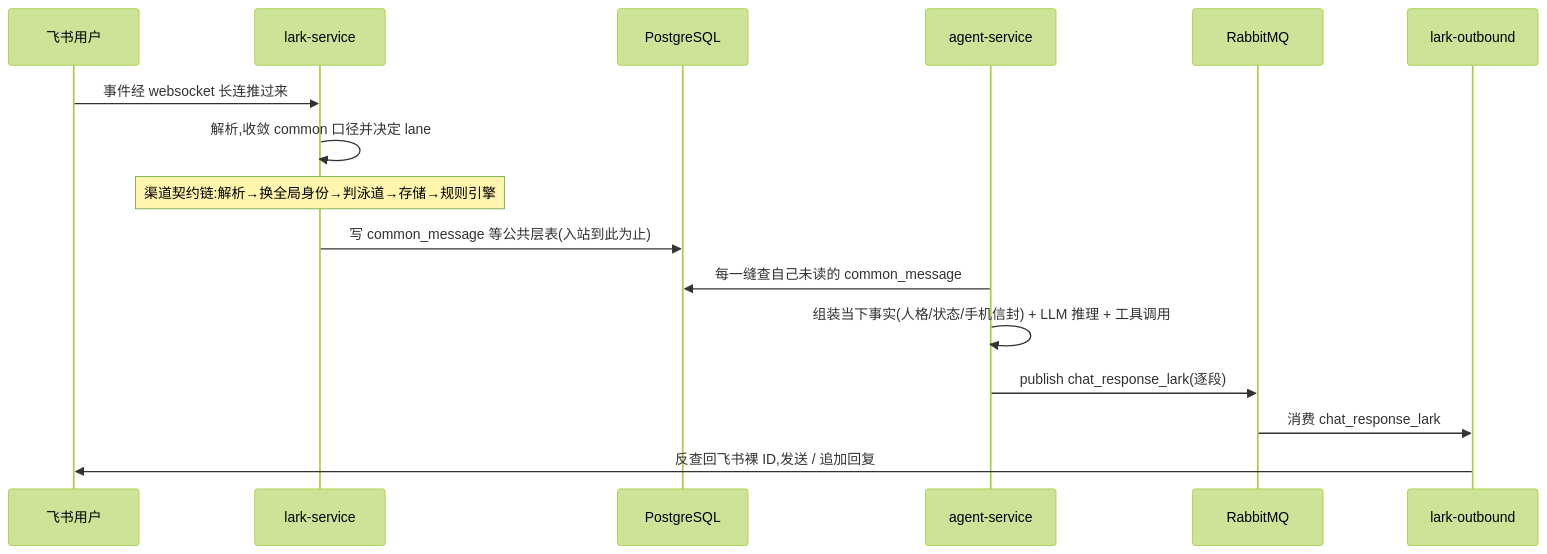
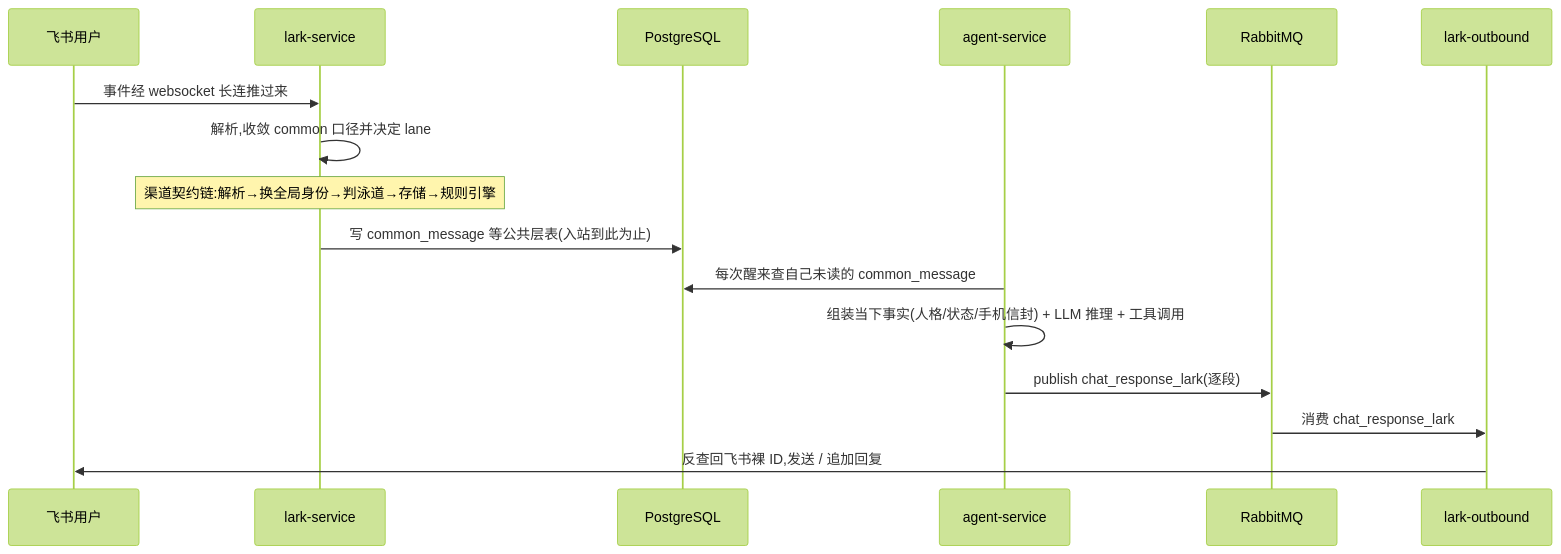
The second of 5 diagrams in docs/service-topology.md (bezhai/chiwei-platform), drawn with Mermaid (forest theme) before and after one commit. The commit also changed other lines of this file and 73 other files, not shown here.

````diff
--- a/docs/service-topology.md
+++ b/docs/service-topology.md
@@ -97,19 +97,19 @@
 ```mermaid
 sequenceDiagram
     participant U as 飞书用户
     participant LKS as lark-service
     participant PG as PostgreSQL
     participant AS as agent-service
     participant MQ as RabbitMQ
     participant LKO as lark-outbound
 
     U->>LKS: 事件经 websocket 长连推过来
     LKS->>LKS: 解析,收敛 common 口径并决定 lane
     Note over LKS: 渠道契约链:解析→换全局身份→判泳道→存储→规则引擎
     LKS->>PG: 写 common_message 等公共层表(入站到此为止)
-    AS->>PG: 每一缝查自己未读的 common_message
+    AS->>PG: 每次醒来查自己未读的 common_message
     AS->>AS: 组装当下事实(人格/状态/手机信封) + LLM 推理 + 工具调用
     AS->>MQ: publish chat_response_lark(逐段)
     MQ->>LKO: 消费 chat_response_lark
     LKO->>U: 反查回飞书裸 ID,发送 / 追加回复
 ```
````
